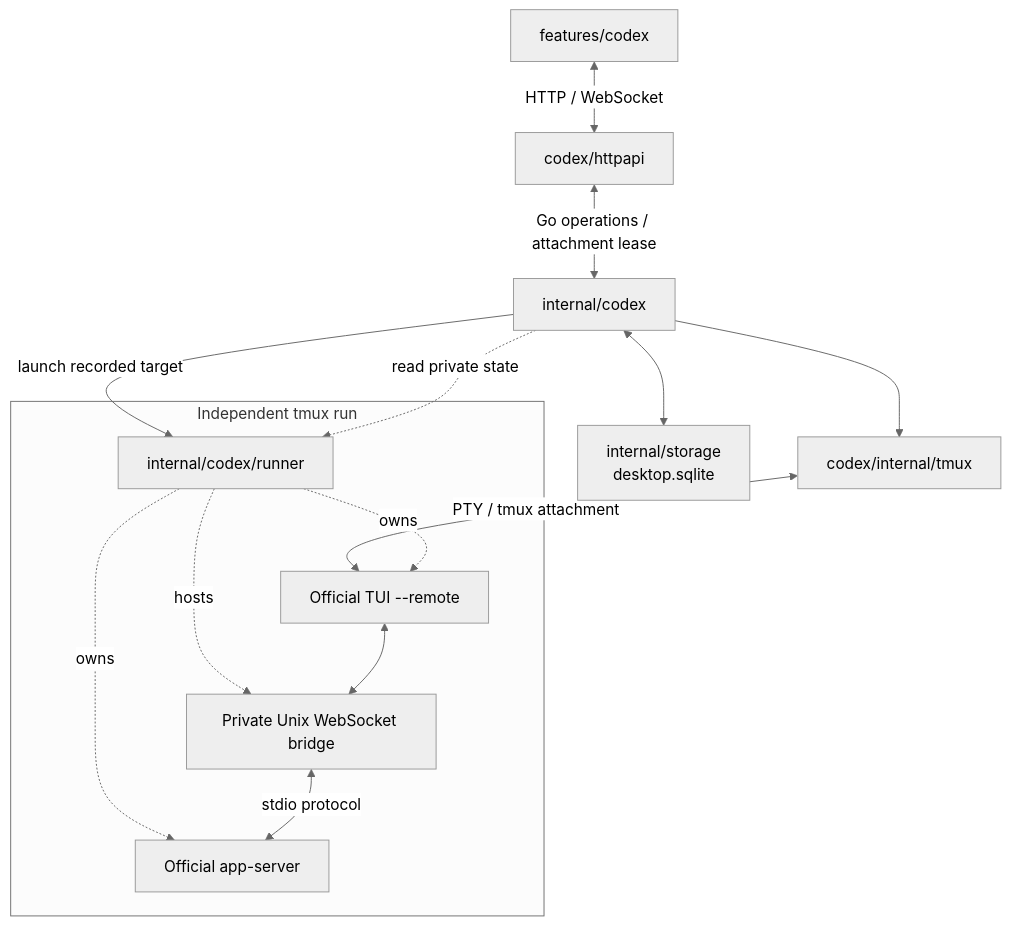
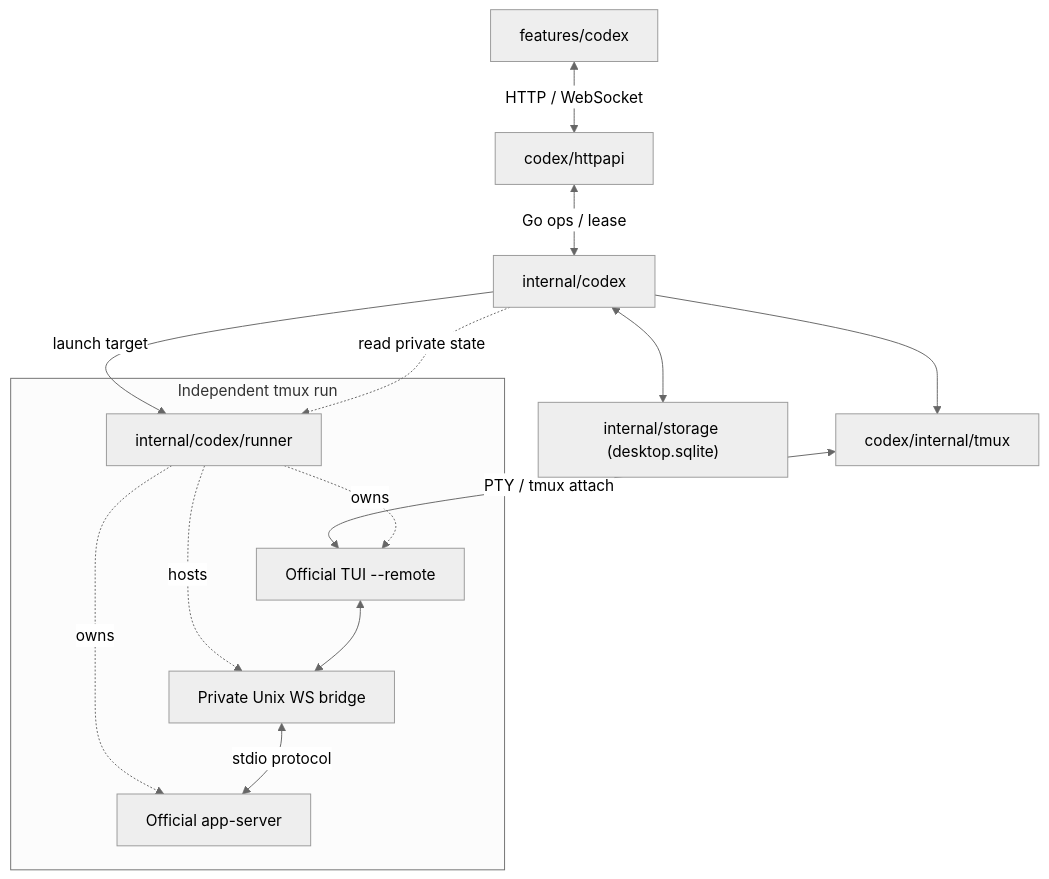
One commit to cofy-x/axv changed the diagram in docs/codex.md. Above: the diagram before and after it, drawn with Mermaid (neutral theme). The commit also changed other lines of this file and 33 other files, not shown here.

````diff
--- a/docs/codex.md
+++ b/docs/codex.md
@@ -34,17 +23,17 @@
 ```mermaid
 flowchart TB
     UI["features/codex"] <-->|HTTP / WebSocket| API["codex/httpapi"]
-    API <-->|Go operations / attachment lease| Service["internal/codex"]
-    Service <--> DB["internal/storage<br/>desktop.sqlite"]
-    Service -->|launch recorded target| Runner
+    API <-->|Go ops / lease| Service["internal/codex"]
+    Service <--> DB["internal/storage (desktop.sqlite)"]
+    Service -->|launch target| Runner
     Service --> Backend["codex/internal/tmux"]
-    Backend <-->|PTY / tmux attachment| TUI
+    Backend <-->|PTY / tmux attach| TUI
     Service -.->|read private state| Runner
     subgraph Run["Independent tmux run"]
         Runner["internal/codex/runner"] -.->|owns| TUI["Official TUI --remote"]
-        Runner -.->|hosts| Bridge["Private Unix WebSocket bridge"]
+        Runner -.->|hosts| Bridge["Private Unix WS bridge"]
         Runner -.->|owns| Provider["Official app-server"]
         TUI <--> Bridge
         Bridge <-->|stdio protocol| Provider
     end
 ```
````
